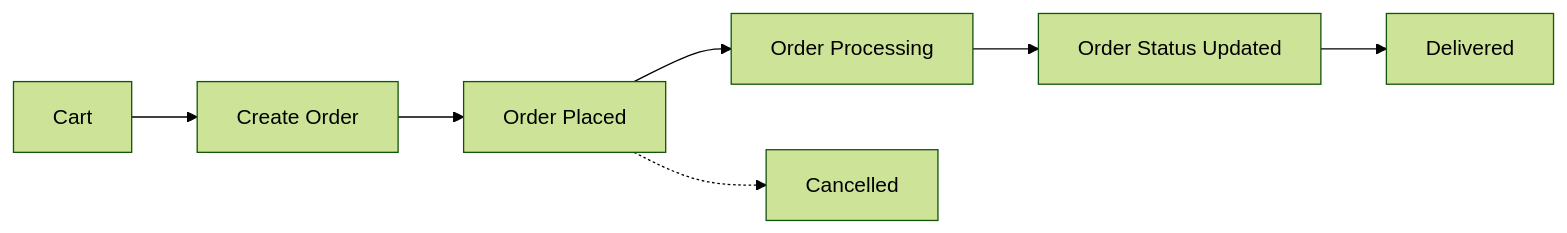
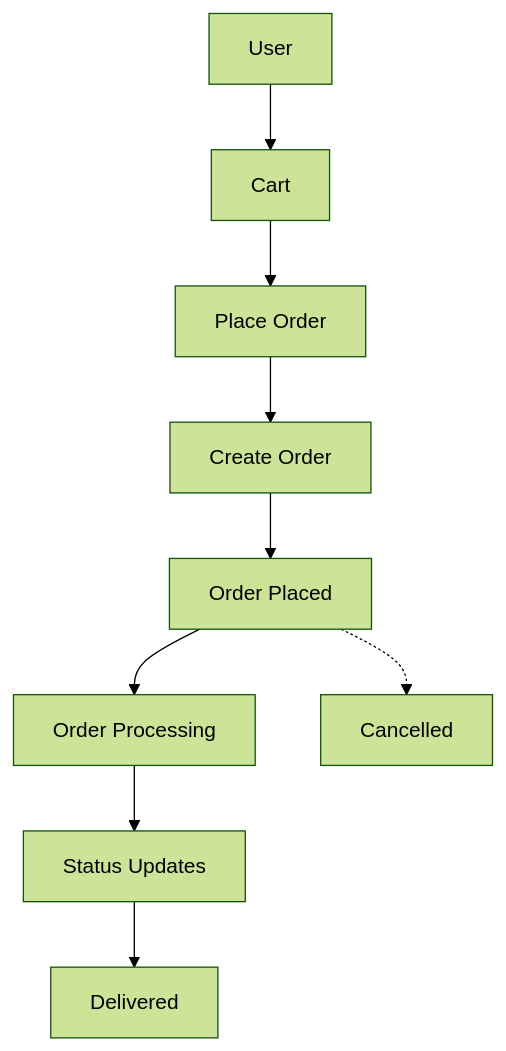
Before and after one commit to SathvikHegade/food_delivary_backend: the tenth of 13 diagrams in README.md, drawn with Mermaid (forest theme). The commit also changed other lines of this file, not shown here.

````diff
--- a/README.md
+++ b/README.md
@@ -178,10 +343,12 @@
 ```mermaid
-flowchart LR
-    A["Cart"] --> B["Create Order"]
-    B --> C["Order Placed"]
-    C --> D["Order Processing"]
-    D --> E["Order Status Updated"]
-    E --> F["Delivered"]
+flowchart TD
+    A["User"] --> B["Cart"]
+    B --> C["Place Order"]
+    C --> D["Create Order"]
+    D --> E["Order Placed"]
+    E --> F["Order Processing"]
+    F --> G["Status Updates"]
+    G --> H["Delivered"]
 
-    C -.-> X["Cancelled"]
+    E -.-> I["Cancelled"]
 ```
````
